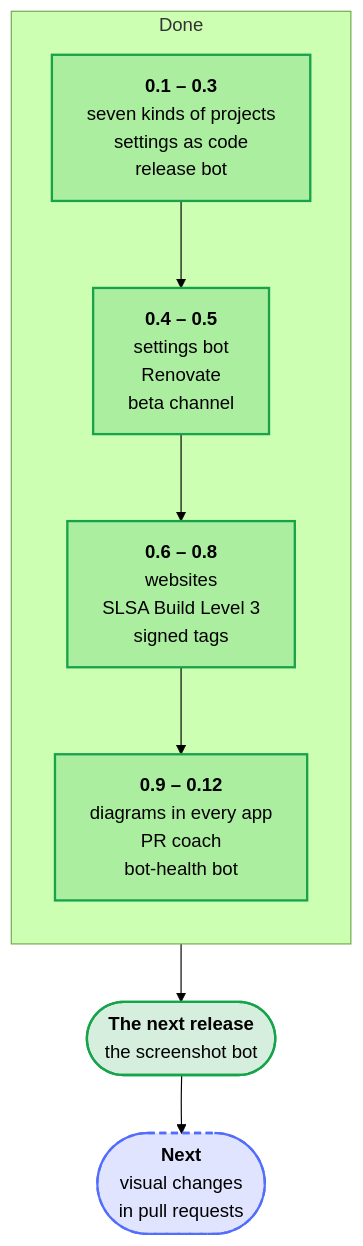
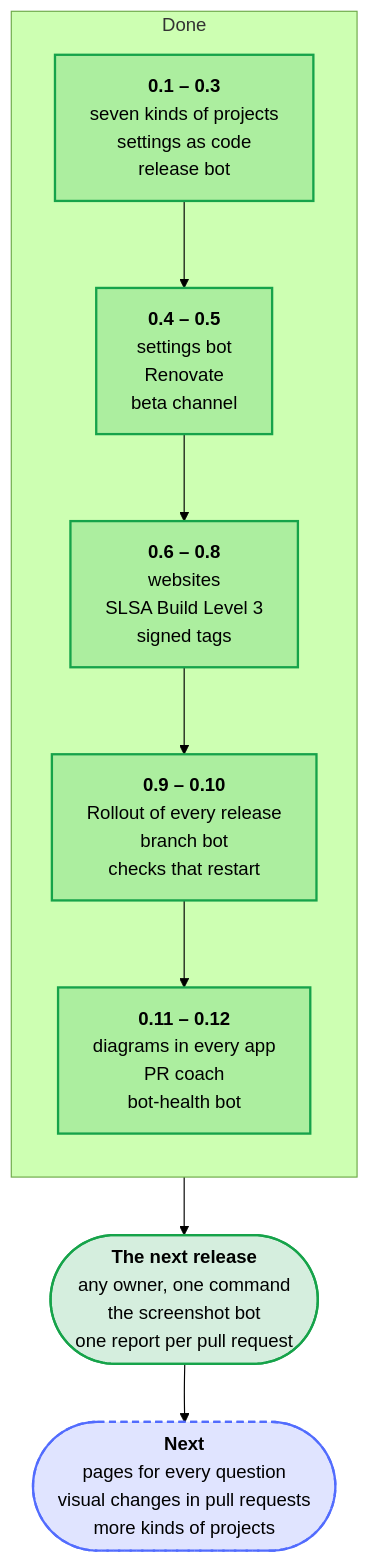
Before and after one commit to Dennis-Otto/repo-blueprint: the diagram in docs/diagrams/the-larger-steps-of-the-blueprint.mmd, drawn with Mermaid (forest theme). The commit also changed 13 other files, not shown here.

First line of the commit message:
docs: refresh the roadmap, pictures and decision records, fix the settings anchor and the repository topics

```diff
--- a/docs/diagrams/the-larger-steps-of-the-blueprint.mmd
+++ b/docs/diagrams/the-larger-steps-of-the-blueprint.mmd
@@ -1,26 +1,27 @@
 ---
 config:
   flowchart:
     wrappingWidth: 400
 ---
 flowchart TB
     accTitle: The larger steps of the blueprint
-    accDescr: 0.1 to 0.3 brought seven kinds of projects, the settings as code and the release bot; 0.4 and 0.5 the settings bot, Renovate and the beta channel; 0.6 to 0.8 the websites, SLSA Build Level 3 and signed tags; 0.9 to 0.12 the diagrams that every app shows, the PR coach and the bot-health bot. The next release brings the screenshot bot; next come the visual changes in pull requests.
+    accDescr: 0.1 to 0.3 brought seven kinds of projects, the settings as code and the release bot; 0.4 and 0.5 the settings bot, Renovate and the beta channel; 0.6 to 0.8 the websites, SLSA Build Level 3 and signed tags; 0.9 and 0.10 the Rollout of every release, the branch bot and checks that get going again; 0.11 and 0.12 the diagrams that every app shows, the PR coach and the bot-health bot. The next release brings the blueprint for any owner, the screenshot bot and one report on every pull request; next come pages for every question, visual changes in pull requests and more kinds of projects.
 
     subgraph done ["Done"]
         direction TB
         early["`**0.1 – 0.3**<br>seven kinds of projects<br>settings as code<br>release bot`"]
         middle["`**0.4 – 0.5**<br>settings bot<br>Renovate<br>beta channel`"]
         late["`**0.6 – 0.8**<br>websites<br>SLSA Build Level 3<br>signed tags`"]
-        recent["`**0.9 – 0.12**<br>diagrams in every app<br>PR coach<br>bot-health bot`"]
-        early --> middle --> late --> recent
+        rollout["`**0.9 – 0.10**<br>Rollout of every release<br>branch bot<br>checks that restart`"]
+        recent["`**0.11 – 0.12**<br>diagrams in every app<br>PR coach<br>bot-health bot`"]
+        early --> middle --> late --> rollout --> recent
     end
 
-    soon(["`**The next release**<br>the screenshot bot`"])
-    next(["`**Next**<br>visual changes<br>in pull requests`"])
+    soon(["`**The next release**<br>any owner, one command<br>the screenshot bot<br>one report per pull request`"])
+    next(["`**Next**<br>pages for every question<br>visual changes in pull requests<br>more kinds of projects`"])
     done --> soon --> next
 
     classDef done fill:#16a34a2e,stroke:#16a34a,stroke-width:2px
     classDef plan fill:#526cfe2e,stroke:#526cfe,stroke-width:2px,stroke-dasharray:6 4
-    class early,middle,late,recent,soon done
+    class early,middle,late,rollout,recent,soon done
     class next plan
```
